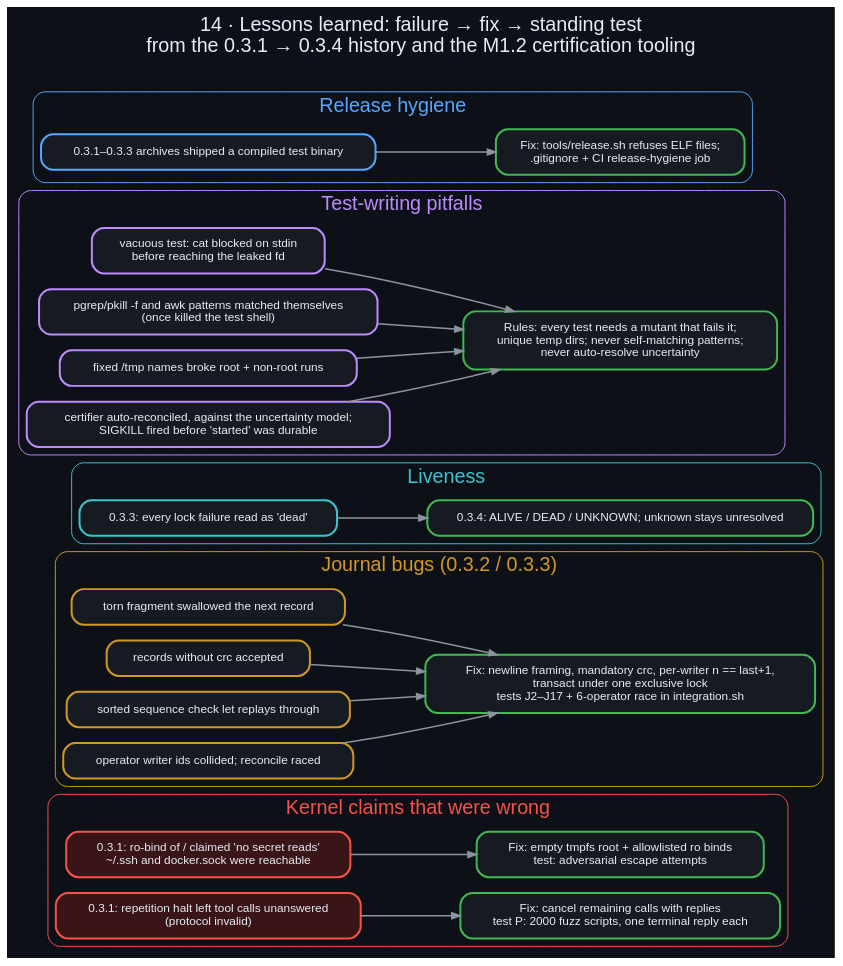
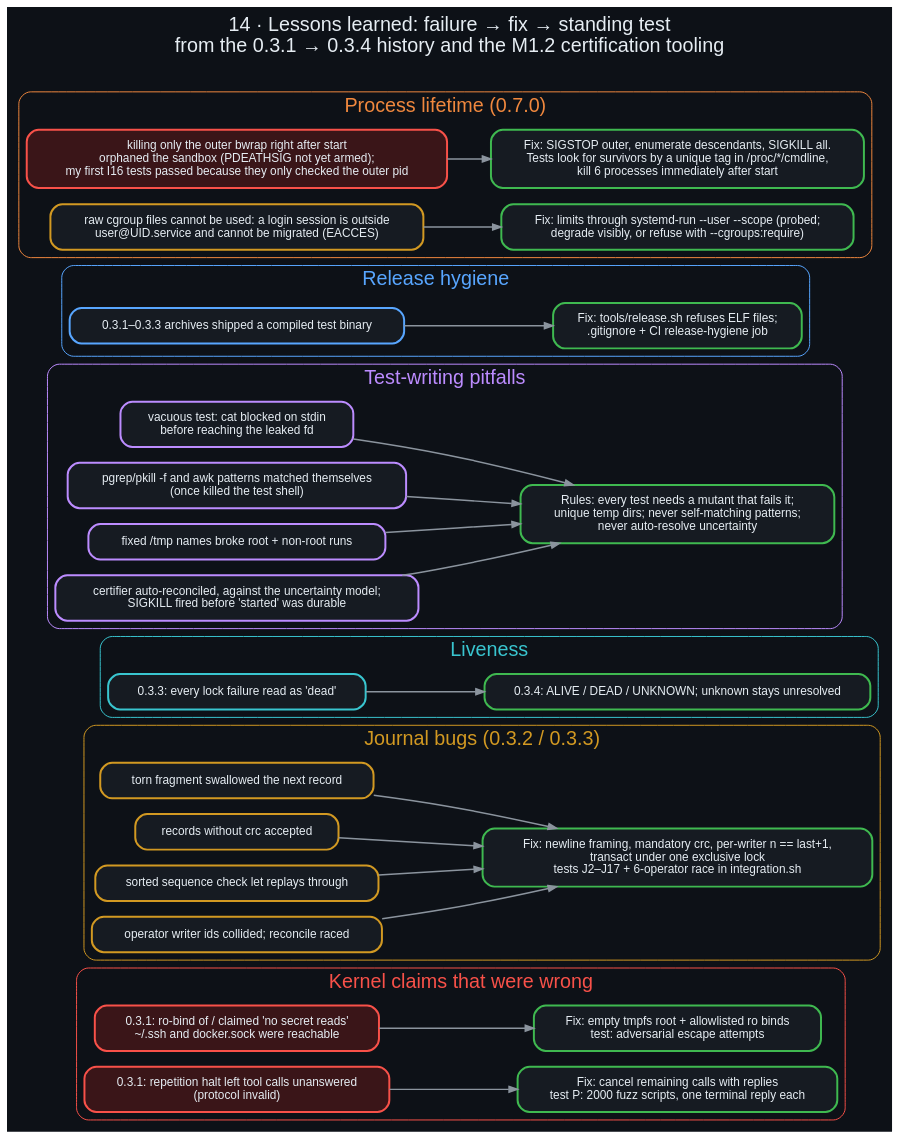
One commit to danindiana/malyutka changed the diagram in docs/diagrams/14_lessons_learned.dot. Above: the diagram before and after it, drawn with Graphviz. The commit also changed 42 other files, not shown here.

First line of the commit message:
feat: background process tool and resource limits (v0.7.0)

```diff
--- a/docs/diagrams/14_lessons_learned.dot
+++ b/docs/diagrams/14_lessons_learned.dot
@@ -1,35 +1,41 @@
 digraph lessons {
     graph [bgcolor="#0d1117", fontname="Helvetica", fontcolor="#e6edf3", labelloc="t", fontsize=20, rankdir=LR,
            label="14 · Lessons learned: failure → fix → standing test\nfrom the 0.3.1 → 0.3.4 history and the M1.2 certification tooling\n ", nodesep=0.22, ranksep=0.5];
     node  [fontname="Helvetica", fontcolor="#e6edf3", color="#30363d", style="filled,rounded", shape=box, penwidth=2, margin="0.22,0.14", fillcolor="#161b22", fontsize=12];
     edge  [color="#8b949e", fontname="Helvetica", fontcolor="#adbac7", penwidth=1.5, arrowsize=0.85, fontsize=10];
 
     subgraph cluster_k { label="Kernel claims that were wrong"; fontcolor="#f85149"; color="#f85149"; style="rounded";
       k1 [label="0.3.1: ro-bind of / claimed 'no secret reads'\n~/.ssh and docker.sock were reachable", color="#f85149", fillcolor="#3a1518"];
       k1f [label="Fix: empty tmpfs root + allowlisted ro binds\ntest: adversarial escape attempts", color="#3fb950"];
       k2 [label="0.3.1: repetition halt left tool calls unanswered\n(protocol invalid)", color="#f85149", fillcolor="#3a1518"];
       k2f [label="Fix: cancel remaining calls with replies\ntest P: 2000 fuzz scripts, one terminal reply each", color="#3fb950"];
       k1 -> k1f; k2 -> k2f; }
     subgraph cluster_j { label="Journal bugs (0.3.2 / 0.3.3)"; fontcolor="#d29922"; color="#d29922"; style="rounded";
       j1 [label="torn fragment swallowed the next record", color="#d29922"];
       j2 [label="records without crc accepted", color="#d29922"];
       j3 [label="sorted sequence check let replays through", color="#d29922"];
       j4 [label="operator writer ids collided; reconcile raced", color="#d29922"];
       jf [label="Fix: newline framing, mandatory crc, per-writer n == last+1,\ntransact under one exclusive lock\ntests J2–J17 + 6-operator race in integration.sh", color="#3fb950"];
       j1 -> jf; j2 -> jf; j3 -> jf; j4 -> jf; }
     subgraph cluster_l { label="Liveness"; fontcolor="#39c5cf"; color="#39c5cf"; style="rounded";
       l1 [label="0.3.3: every lock failure read as 'dead'", color="#39c5cf"];
       lf [label="0.3.4: ALIVE / DEAD / UNKNOWN; unknown stays unresolved", color="#3fb950"];
       l1 -> lf; }
     subgraph cluster_t { label="Test-writing pitfalls"; fontcolor="#bc8cff"; color="#bc8cff"; style="rounded";
       t1 [label="vacuous test: cat blocked on stdin\nbefore reaching the leaked fd", color="#bc8cff"];
       t2 [label="pgrep/pkill -f and awk patterns matched themselves\n(once killed the test shell)", color="#bc8cff"];
       t3 [label="fixed /tmp names broke root + non-root runs", color="#bc8cff"];
       t4 [label="certifier auto-reconciled, against the uncertainty model;\nSIGKILL fired before 'started' was durable", color="#bc8cff"];
       tf [label="Rules: every test needs a mutant that fails it;\nunique temp dirs; never self-matching patterns;\nnever auto-resolve uncertainty", color="#3fb950"];
       t1 -> tf; t2 -> tf; t3 -> tf; t4 -> tf; }
     subgraph cluster_r { label="Release hygiene"; fontcolor="#58a6ff"; color="#58a6ff"; style="rounded";
       r1 [label="0.3.1–0.3.3 archives shipped a compiled test binary", color="#58a6ff"];
       rf [label="Fix: tools/release.sh refuses ELF files;\n.gitignore + CI release-hygiene job", color="#3fb950"];
       r1 -> rf; }
+    subgraph cluster_p { label="Process lifetime (0.7.0)"; fontcolor="#f0883e"; color="#f0883e"; style="rounded";
+      p1 [label="killing only the outer bwrap right after start\norphaned the sandbox (PDEATHSIG not yet armed);\nmy first I16 tests passed because they only checked the outer pid", color="#f85149", fillcolor="#3a1518"];
+      pf [label="Fix: SIGSTOP outer, enumerate descendants, SIGKILL all.\nTests look for survivors by a unique tag in /proc/*/cmdline,\nkill 6 processes immediately after start", color="#3fb950"];
+      p2 [label="raw cgroup files cannot be used: a login session is outside\nuser@UID.service and cannot be migrated (EACCES)", color="#d29922"];
+      p2f [label="Fix: limits through systemd-run --user --scope (probed;\ndegrade visibly, or refuse with --cgroups:require)", color="#3fb950"];
+      p1 -> pf; p2 -> p2f; }
 }
```
